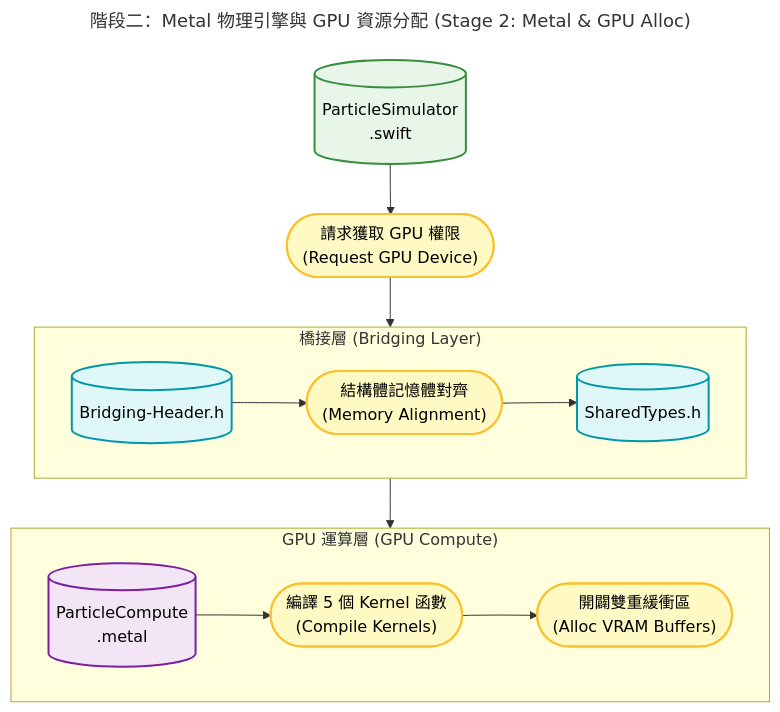
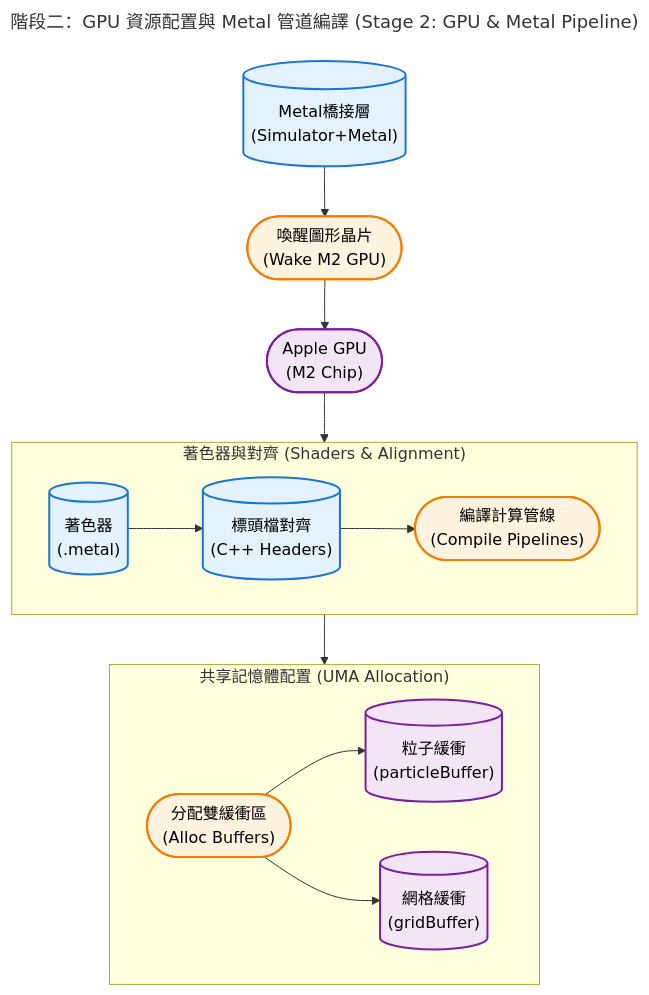
Before and after one commit to lennox0909/ParticleVision: the second of 5 diagrams in README.md, drawn with Mermaid. The commit also changed other lines of this file, not shown here.

````diff
--- a/README.md
+++ b/README.md
@@ -207,33 +168,33 @@
 ```mermaid
 ---
-title: "階段二：Metal 物理引擎與 GPU 資源分配 (Stage 2: Metal & GPU Alloc)"
+title: "階段二：GPU 資源配置與 Metal 管道編譯 (Stage 2: GPU & Metal Pipeline)"
 ---
 flowchart TD
-    classDef default fill:#fafafa,stroke:#333,stroke-width:2px,color:#333;
-    classDef swiftFile fill:#e8f5e9,stroke:#388e3c,stroke-width:2px,color:#000;
-    classDef metalFile fill:#f3e5f5,stroke:#7b1fa2,stroke-width:2px,color:#000;
-    classDef headerFile fill:#e0f7fa,stroke:#0097a7,stroke-width:2px,color:#000;
-    classDef action fill:#fff9c4,stroke:#fbc02d,stroke-width:2px,color:#000;
+    classDef fileNode fill:#e3f2fd,stroke:#1976d2,stroke-width:2px,color:#000;
+    classDef actionNode fill:#fff3e0,stroke:#f57c00,stroke-width:2px,color:#000;
+    classDef hardware fill:#f3e5f5,stroke:#7b1fa2,stroke-width:2px,color:#000;
 
-    F_Sim[("ParticleSimulator<br/>.swift")]:::swiftFile
-    A1(["請求獲取 GPU 權限<br/>(Request GPU Device)"]):::action
+    F_SimMetal[("Metal橋接層<br/>(Simulator+Metal)")]:::fileNode
+    A1(["喚醒圖形晶片<br/>(Wake M2 GPU)"]):::actionNode
+    HW_GPU(["Apple GPU<br/>(M2 Chip)"]):::hardware
 
-    subgraph "橋接層 (Bridging Layer)"
+    subgraph "著色器與對齊 (Shaders & Alignment)"
         direction LR
-        F_Bridge[("Bridging-Header.h")]:::headerFile
-        A2(["結構體記憶體對齊<br/>(Memory Alignment)"]):::action
-        F_Shared[("SharedTypes.h")]:::headerFile
-        F_Bridge --> A2 --> F_Shared
+        F_Metal[("著色器<br/>(.metal)")]:::fileNode
+        F_Header[("標頭檔對齊<br/>(C++ Headers)")]:::fileNode
+        A2(["編譯計算管線<br/>(Compile Pipelines)"]):::actionNode
+        F_Metal --> F_Header --> A2
     end
 
-    subgraph "GPU 運算層 (GPU Compute)"
+    subgraph "共享記憶體配置 (UMA Allocation)"
         direction LR
-        F_Metal[("ParticleCompute<br/>.metal")]:::metalFile
-        A3(["編譯 5 個 Kernel 函數<br/>(Compile Kernels)"]):::action
-        A4(["開闢雙重緩衝區<br/>(Alloc VRAM Buffers)"]):::action
-        F_Metal --> A3 --> A4
+        A3(["分配雙緩衝區<br/>(Alloc Buffers)"]):::actionNode
+        B_Part[("粒子緩衝<br/>(particleBuffer)")]:::hardware
+        B_Grid[("網格緩衝<br/>(gridBuffer)")]:::hardware
+        A3 --> B_Part & B_Grid
     end
 
-    F_Sim --> A1 --> F_Bridge
-    F_Shared --> F_Metal
+    F_SimMetal --> A1 --> HW_GPU
+    HW_GPU --> F_Metal
+    A2 --> A3
 ```
````
